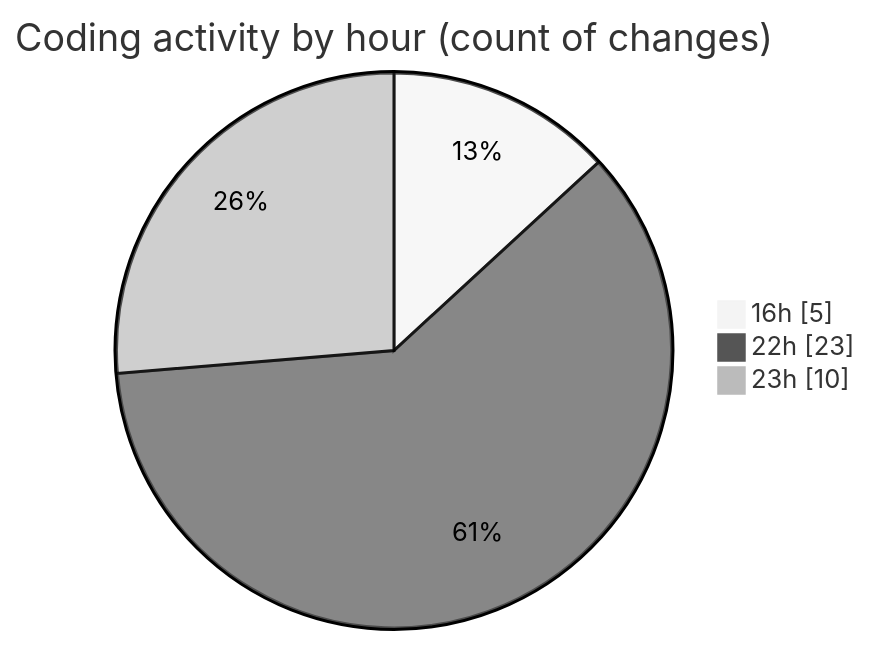
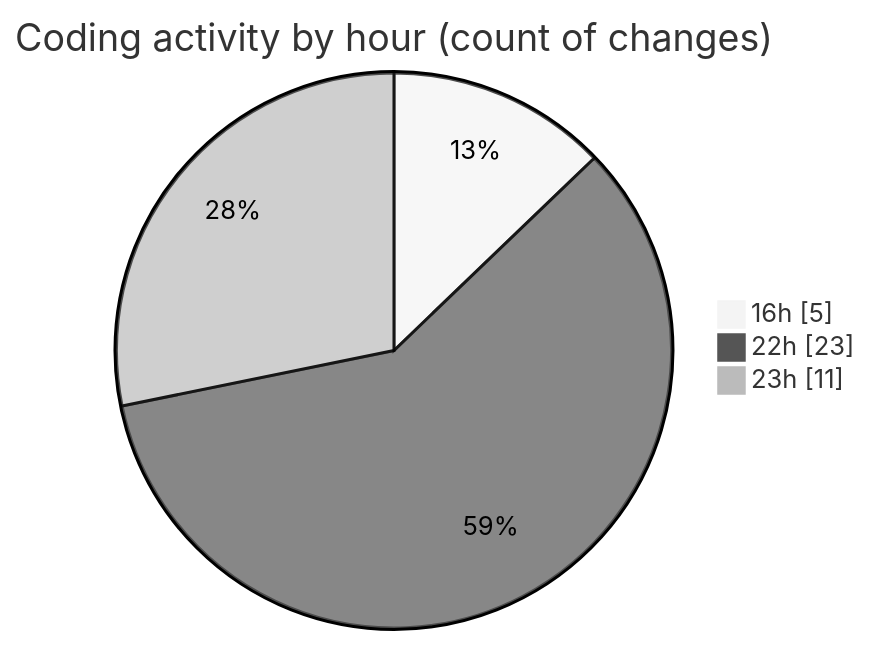
One commit to robertbonfada/code-tracking changed the second of 2 diagrams in 2025-03-18/peregrino-web/README.md. Above: the diagram before and after it, drawn with Mermaid (neutral theme). The commit also changed other lines of this file and 1 other file, not shown here.

````diff
--- a/2025-03-18/peregrino-web/README.md
+++ b/2025-03-18/peregrino-web/README.md
@@ -41,7 +41,7 @@
 ```mermaid
 pie showData
 title Coding activity by hour (count of changes)
 "16h" : 5
 "22h" : 23
-"23h" : 10
+"23h" : 11
 ```
````
